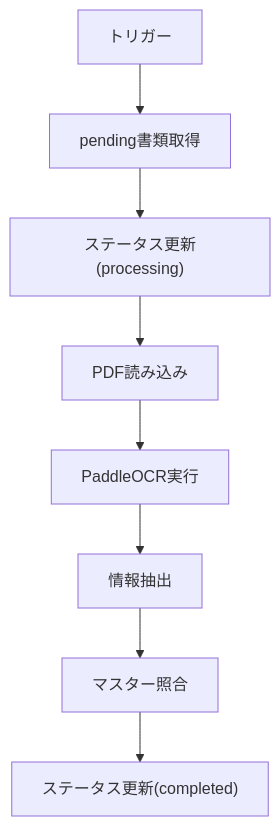
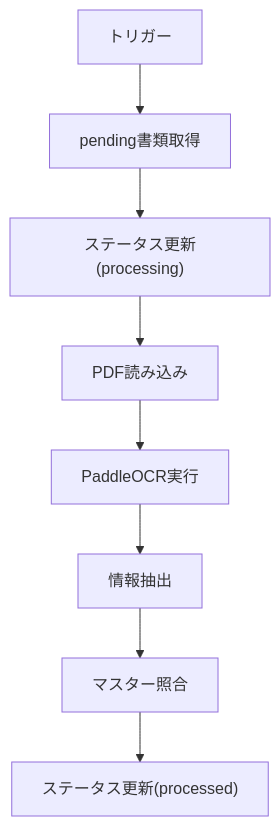
One commit to yasushi-honda/doc-split changed the second of 2 diagrams in docs/api-reference.md. Above: the diagram before and after it, drawn with Mermaid. The commit also changed other lines of this file and 5 other files, not shown here.

````diff
--- a/docs/api-reference.md
+++ b/docs/api-reference.md
@@ -45,10 +45,10 @@
 ```mermaid
 flowchart TD
     A["トリガー"] --> B["pending書類取得"]
     B --> C["ステータス更新(processing)"]
     C --> D["PDF読み込み"]
     D --> E["PaddleOCR実行"]
     E --> F["情報抽出"]
     F --> G["マスター照合"]
-    G --> H["ステータス更新(completed)"]
+    G --> H["ステータス更新(processed)"]
 ```
````
